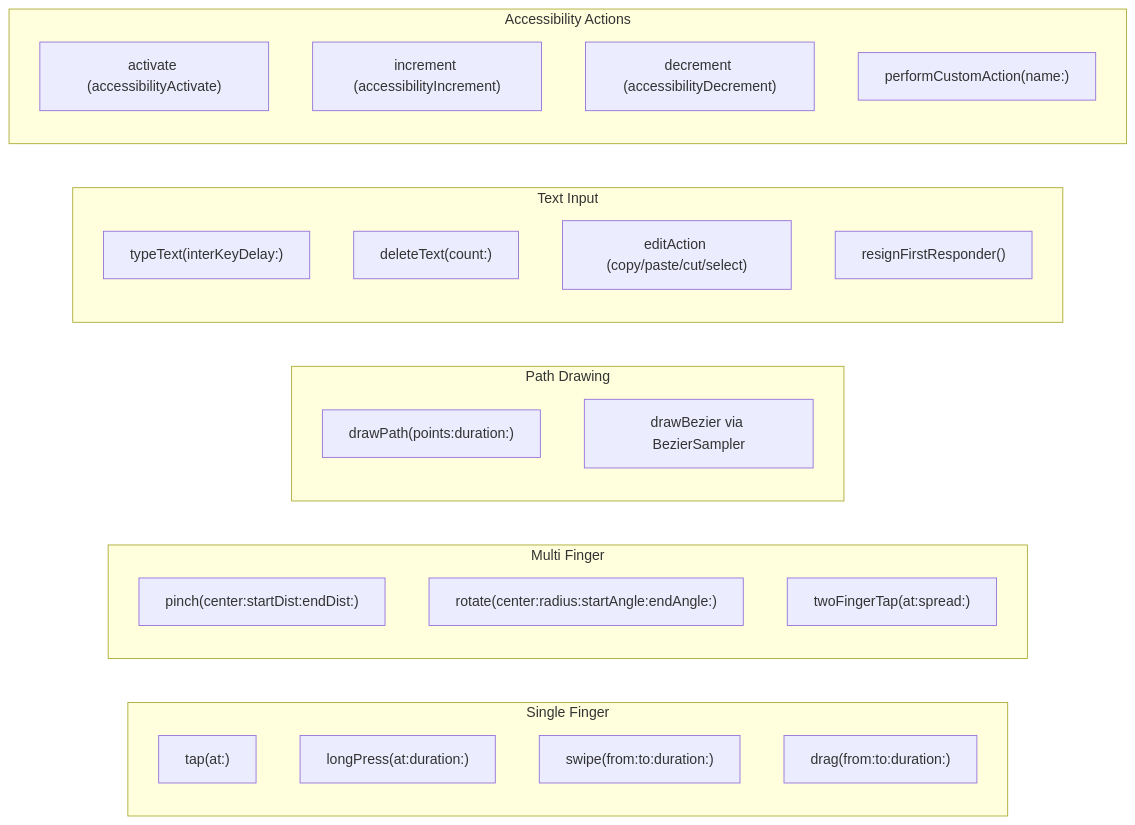
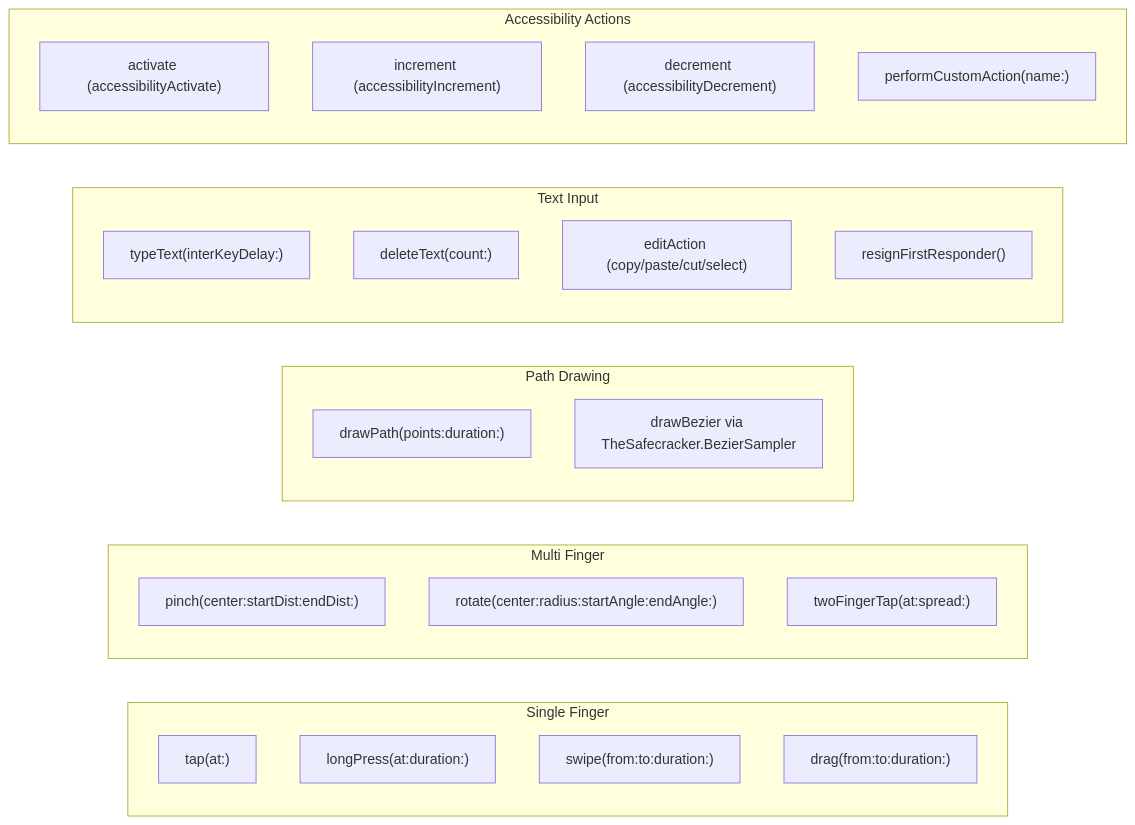
Before and after one commit to RoyalPineapple/TheButtonHeist: the third of 5 diagrams in docs/dossiers/03-THESAFECRACKER.md, drawn with Mermaid. The commit also changed other lines of this file and 11 other files, not shown here.

````diff
--- a/docs/dossiers/03-THESAFECRACKER.md
+++ b/docs/dossiers/03-THESAFECRACKER.md
@@ -84,34 +84,34 @@
 ```mermaid
 graph LR
     subgraph SingleFinger["Single Finger"]
         Tap["tap(at:)"]
         LongPress["longPress(at:duration:)"]
         Swipe["swipe(from:to:duration:)"]
         Drag["drag(from:to:duration:)"]
     end
 
     subgraph MultiFinger["Multi Finger"]
         Pinch["pinch(center:startDist:endDist:)"]
         Rotate["rotate(center:radius:startAngle:endAngle:)"]
         TwoTap["twoFingerTap(at:spread:)"]
     end
 
     subgraph Path["Path Drawing"]
         DrawPath["drawPath(points:duration:)"]
-        DrawBezier["drawBezier via BezierSampler"]
+        DrawBezier["drawBezier via TheSafecracker.BezierSampler"]
     end
 
     subgraph Text["Text Input"]
         Type["typeText(interKeyDelay:)"]
         Delete["deleteText(count:)"]
         Edit["editAction (copy/paste/cut/select)"]
         Dismiss["resignFirstResponder()"]
     end
 
     subgraph AccessActions["Accessibility Actions"]
         Activate["activate (accessibilityActivate)"]
         Increment["increment (accessibilityIncrement)"]
         Decrement["decrement (accessibilityDecrement)"]
         Custom["performCustomAction(name:)"]
     end
 ```
````
